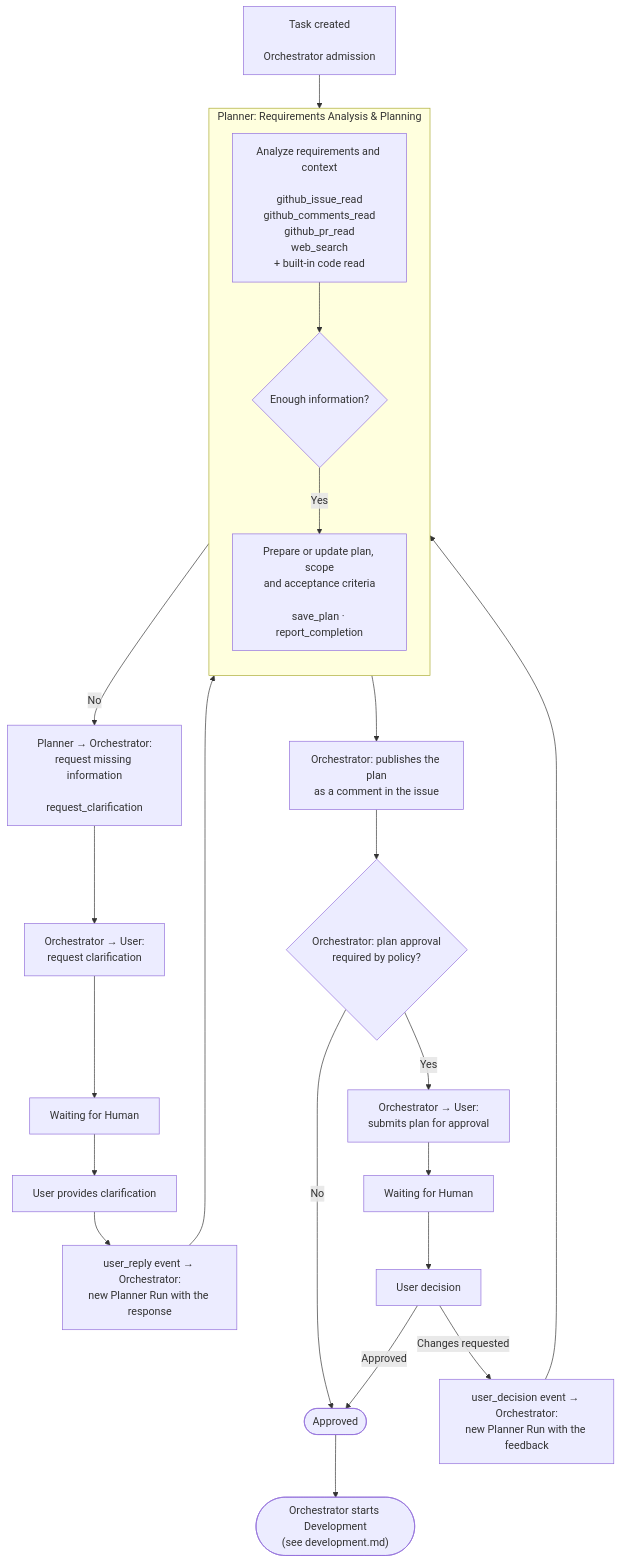
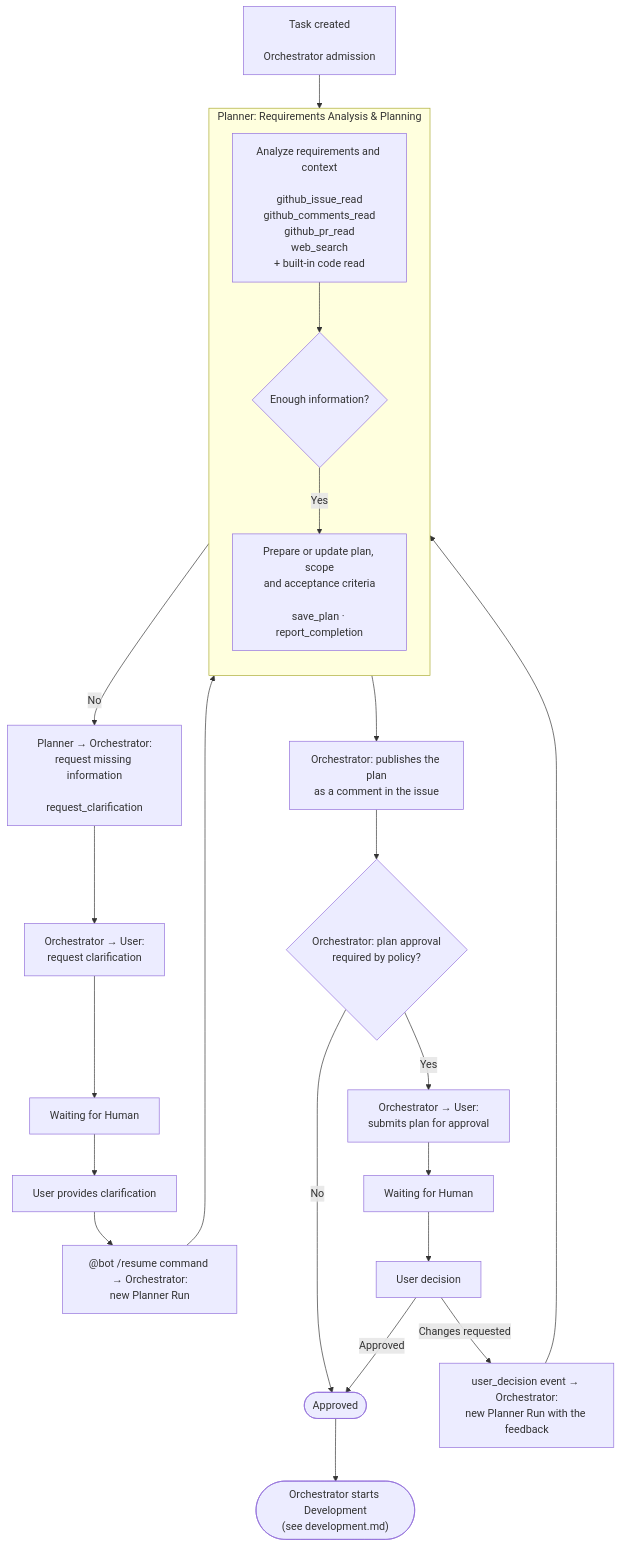
Before and after one commit to aliaksandrZh/ai-worker-01: the diagram in docs/flows/plan.md, drawn with Mermaid. The commit also changed 14 other files, not shown here.

First line of the commit message:
orchestrator: explicit @bot /resume is the only exit from waiting_for_human

````diff
--- a/docs/flows/plan.md
+++ b/docs/flows/plan.md
@@ -1,32 +1,32 @@
 ```mermaid
 flowchart TD
     A["Task created<br/><br/>Orchestrator admission"] --> P1
 
     subgraph PL["Planner: Requirements Analysis & Planning"]
         direction TD
         P1["Analyze requirements and context<br/><br/>github_issue_read<br/>github_comments_read<br/>github_pr_read<br/>web_search<br/>+ built-in code read"]
         P1 --> Q{"Enough information?"}
         Q -->|Yes| P2["Prepare or update plan, scope<br/>and acceptance criteria<br/><br/>save_plan · report_completion"]
     end
 
     Q -->|No| C1["Planner → Orchestrator:<br/>request missing information<br/><br/>request_clarification"]
     C1 --> C2["Orchestrator → User:<br/>request clarification"]
     C2 --> W1["Waiting for Human"]
     W1 --> U1["User provides clarification"]
-    U1 --> C3["user_reply event → Orchestrator:<br/>new Planner Run with the response"]
+    U1 --> C3["@bot /resume command → Orchestrator:<br/>new Planner Run"]
     C3 --> P1
 
     P2 --> PUB["Orchestrator: publishes the plan<br/>as a comment in the issue"]
     PUB --> AP{"Orchestrator: plan approval<br/>required by policy?"}
 
     AP -->|No| DONE(["Approved"])
     AP -->|Yes| S1["Orchestrator → User:<br/>submits plan for approval"]
     S1 --> W2["Waiting for Human"]
     W2 --> U2["User decision"]
 
     U2 -->|Approved| DONE
     U2 -->|Changes requested| F1["user_decision event → Orchestrator:<br/>new Planner Run with the feedback"]
     F1 --> P1
 
     DONE --> DEV(["Orchestrator starts Development<br/>(see development.md)"])
 ```
````
